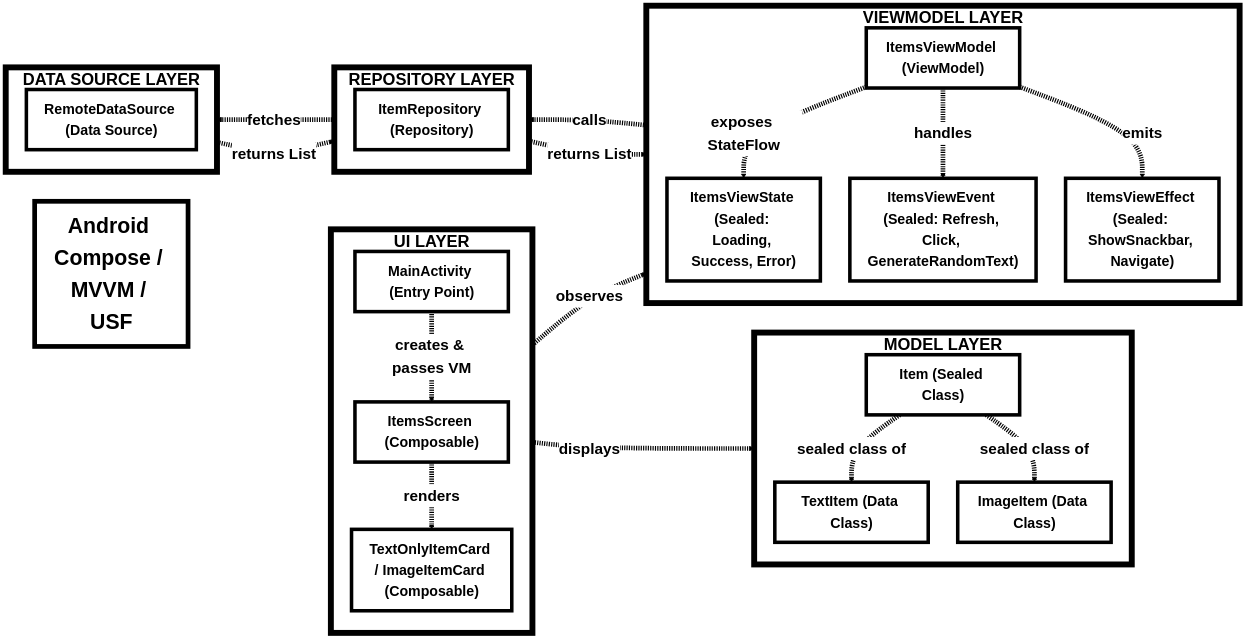
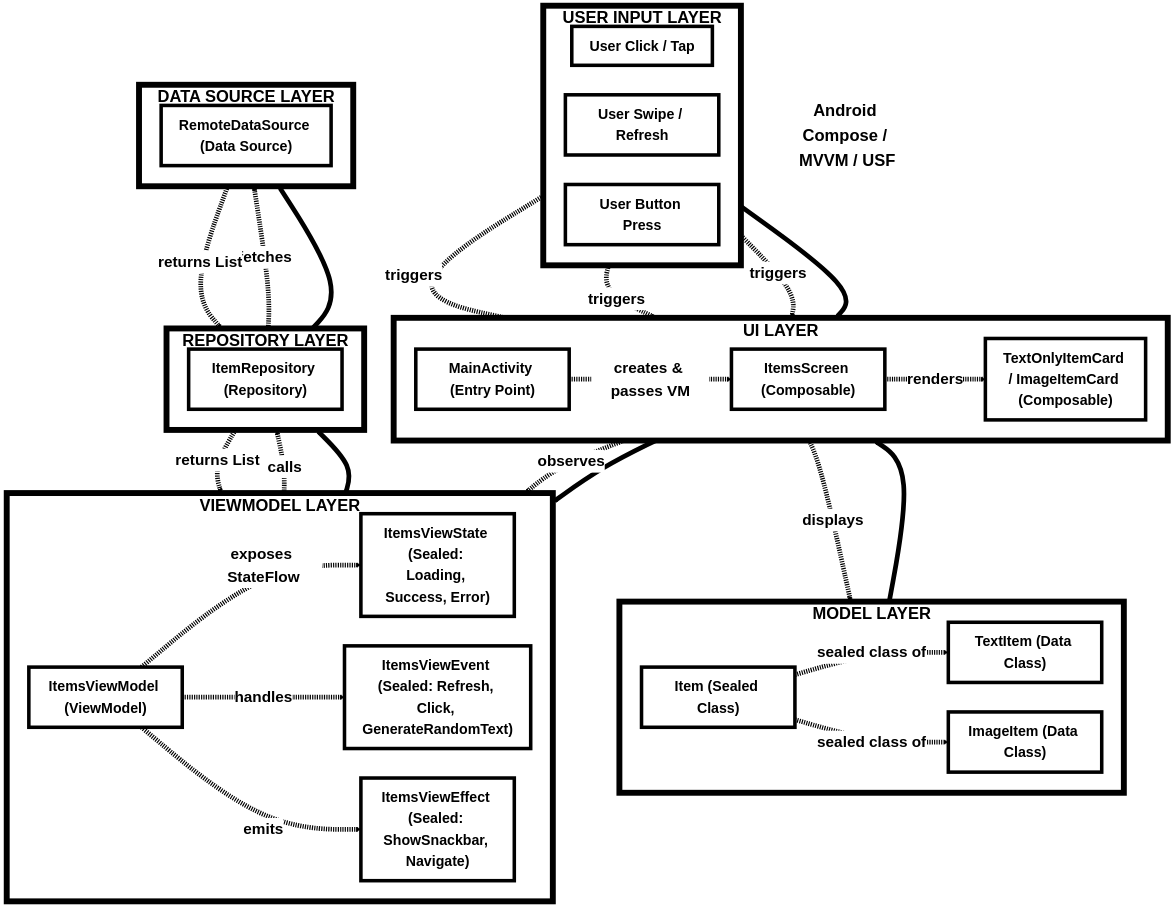
Before and after one commit to free5ty1e/android-coding-reference: the diagram in diagrams/architectural/mvvmWithComposeAndUsf.mmd, drawn with Mermaid (neutral theme).

Commit message:
Diagram now includes user input layer

```diff
--- a/diagrams/architectural/mvvmWithComposeAndUsf.mmd
+++ b/diagrams/architectural/mvvmWithComposeAndUsf.mmd
@@ -1,67 +1,85 @@
-flowchart LR
-    %% TITLE
+flowchart TD
+    %% TITLE AS MINIMAL TEXT - NO CONNECTIONS
     title["Android Compose / MVVM / USF"]
     
-    %% UI LAYER
+    %% MANUALLY POSITIONED LAYERS - FORCE RECTANGULAR SHAPE
+    subgraph MODEL["MODEL LAYER"]
+        direction LR
+        Item["Item (Sealed Class)"]
+        TextItem["TextItem (Data Class)"]
+        ImageItem["ImageItem (Data Class)"]
+    end
+    
+    subgraph USER["USER INPUT LAYER"]
+        direction LR
+        UserClick["User Click / Tap"]
+        UserSwipe["User Swipe / Refresh"]
+        UserButton["User Button Press"]
+    end
+    
     subgraph UI["UI LAYER"]
-        direction TB
+        direction LR
         MainActivity["MainActivity (Entry Point)"]
         ItemsScreen["ItemsScreen (Composable)"]
         ItemCard["TextOnlyItemCard / ImageItemCard (Composable)"]
     end
     
-    %% VIEWMODEL LAYER  
     subgraph VM["VIEWMODEL LAYER"]
-        direction TB
+        direction LR
         ItemsViewModel["ItemsViewModel (ViewModel)"]
         ViewState["ItemsViewState (Sealed: Loading, Success, Error)"]
         ViewEvent["ItemsViewEvent (Sealed: Refresh, Click, GenerateRandomText)"]
         ViewEffect["ItemsViewEffect (Sealed: ShowSnackbar, Navigate)"]
     end
     
-    %% REPOSITORY LAYER
     subgraph REPO["REPOSITORY LAYER"]
-        direction TB
+        direction LR
         ItemRepository["ItemRepository (Repository)"]
     end
     
-    %% DATA SOURCE LAYER
     subgraph DS["DATA SOURCE LAYER"]
-        direction TB
+        direction LR
         RemoteDataSource["RemoteDataSource (Data Source)"]
     end
     
-    %% MODEL LAYER
-    subgraph MODEL["MODEL LAYER"]
-        direction TB
-        Item["Item (Sealed Class)"]
-        TextItem["TextItem (Data Class)"]
-        ImageItem["ImageItem (Data Class)"]
-    end
+    %% FORCE RECTANGULAR LAYOUT - NO TITLE CONNECTIONS
+    MODEL --> UI
+    USER --> UI
     
-    %% CONNECTIONS - USING DIFFERENT ARROW STYLES FOR BETTER VISIBILITY
+    UI --> VM
+    VM --> REPO
+    REPO --> DS
+    
+    %% DETAILED CONNECTIONS - ALL THE USEFUL DATA
+    UserClick -.->|"triggers"| ItemsScreen
+    UserSwipe -.->|"triggers"| ItemsScreen
+    UserButton -.->|"triggers"| ItemsScreen
+    
     MainActivity -.->|"creates & passes VM"| ItemsScreen
     ItemsScreen -.->|"observes"| ItemsViewModel
     ItemsScreen -.->|"renders"| ItemCard
     ItemCard -.->|"displays"| Item
+    
     ItemsViewModel -.->|"exposes StateFlow"| ViewState
     ItemsViewModel -.->|"handles"| ViewEvent  
     ItemsViewModel -.->|"emits"| ViewEffect
     ItemsViewModel -.->|"calls"| ItemRepository
+    
     ItemRepository -.->|"fetches"| RemoteDataSource
     RemoteDataSource -.->|"returns List<Item>"| ItemRepository
     ItemRepository -.->|"returns List<Item>"| ItemsViewModel
+    
     Item -.->|"sealed class of"| TextItem
     Item -.->|"sealed class of"| ImageItem
     
     %% STYLING - LARGER TEXT FOR BETTER UTILIZATION
     classDef nodeStyle fill:#ffffff,stroke:#000000,stroke-width:6px,color:#000000,font-size:24px,font-weight:bold
     classDef groupStyle fill:#ffffff,stroke:#000000,stroke-width:10px,color:#000000,font-size:28px,font-weight:bold
-    classDef titleStyle fill:#ffffff,stroke:#000000,stroke-width:8px,color:#000000,font-size:36px,font-weight:bold
+    classDef titleStyle fill:#ffffff,stroke:none,color:#000000,font-size:28px,font-weight:bold
     
-    class MainActivity,ItemsScreen,ItemCard,ItemsViewModel,ViewState,ViewEvent,ViewEffect,ItemRepository,RemoteDataSource,Item,TextItem,ImageItem nodeStyle
-    class UI,VM,REPO,DS,MODEL groupStyle
+    class MainActivity,ItemsScreen,ItemCard,ItemsViewModel,ViewState,ViewEvent,ViewEffect,ItemRepository,RemoteDataSource,Item,TextItem,ImageItem,UserClick,UserSwipe,UserButton nodeStyle
+    class UI,VM,REPO,DS,MODEL,USER groupStyle
     class title titleStyle
     
     %% THICK ARROW LINES AND LARGE ARROW TEXT
     linkStyle default stroke:#000000,stroke-width:8px,color:#000000,font-size:26px,font-weight:bold
```
